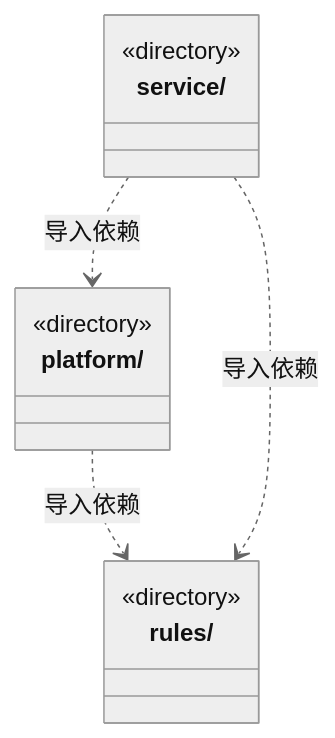
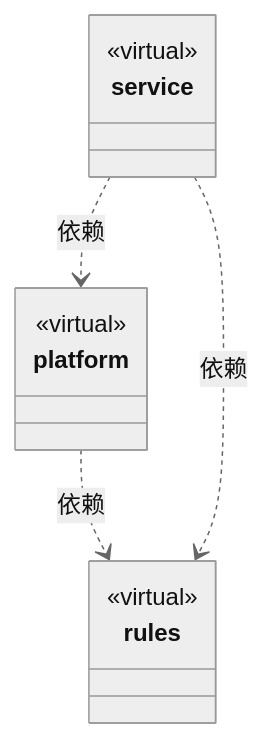
Before and after one commit to nan023062/cbim: the diagram in src/logic/file-operations/ARCHITECTURE.md, drawn with Mermaid (neutral theme). The commit also changed other lines of this file and 158 other files, not shown here.

Commit message:
docs: model architecture through nested virtual encapsulations

````diff
--- a/src/logic/file-operations/ARCHITECTURE.md
+++ b/src/logic/file-operations/ARCHITECTURE.md
@@ -35,15 +17,18 @@
 ```mermaid
 classDiagram
-class N_src_logic_file_operations_platform["platform/"] {
-  <<directory>>
+class N_4bc8d50c21fd["platform"] {
+  <<virtual>>
 }
-class N_src_logic_file_operations_rules["rules/"] {
-  <<directory>>
+click N_4bc8d50c21fd href "platform/ARCHITECTURE.md"
+class N_bdaac93625d3["rules"] {
+  <<virtual>>
 }
-class N_src_logic_file_operations_service["service/"] {
-  <<directory>>
+click N_bdaac93625d3 href "rules/ARCHITECTURE.md"
+class N_a5ba24feed60["service"] {
+  <<virtual>>
 }
-N_src_logic_file_operations_platform ..> N_src_logic_file_operations_rules : 导入依赖
-N_src_logic_file_operations_service ..> N_src_logic_file_operations_platform : 导入依赖
-N_src_logic_file_operations_service ..> N_src_logic_file_operations_rules : 导入依赖
+click N_a5ba24feed60 href "service/ARCHITECTURE.md"
+N_4bc8d50c21fd ..> N_bdaac93625d3 : 依赖
+N_a5ba24feed60 ..> N_4bc8d50c21fd : 依赖
+N_a5ba24feed60 ..> N_bdaac93625d3 : 依赖
 ```
````
